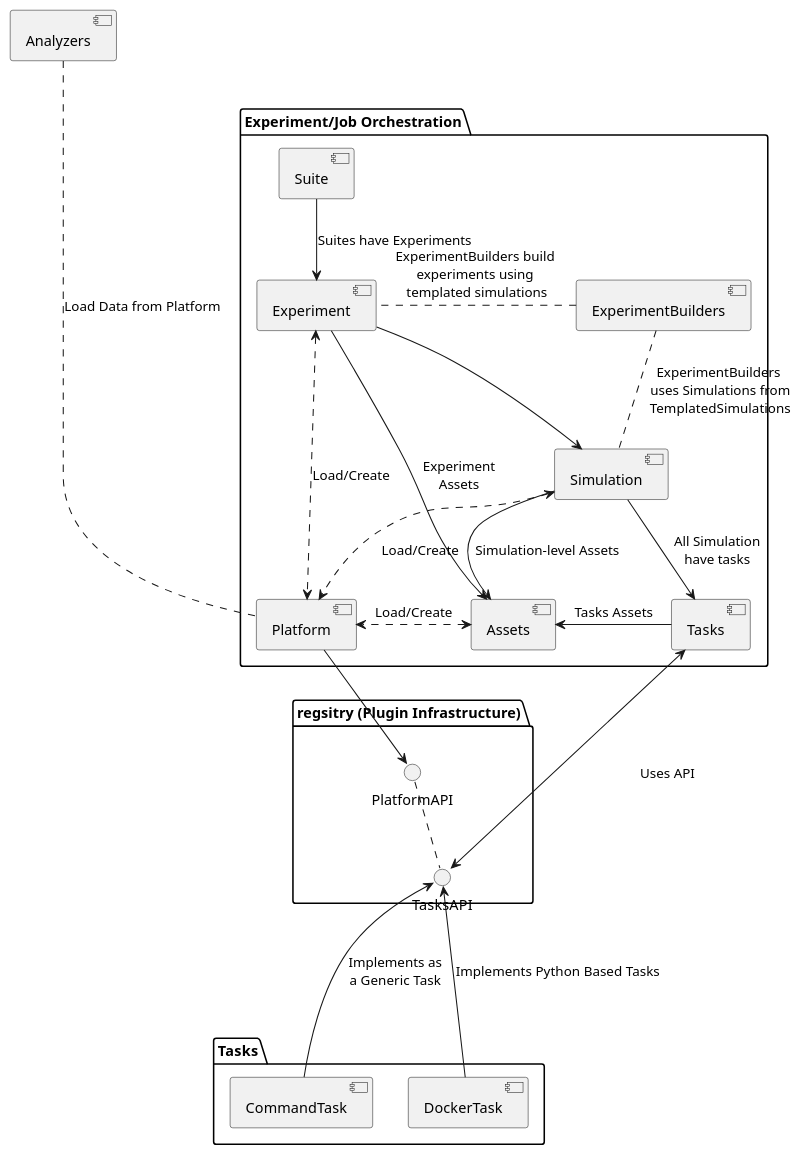
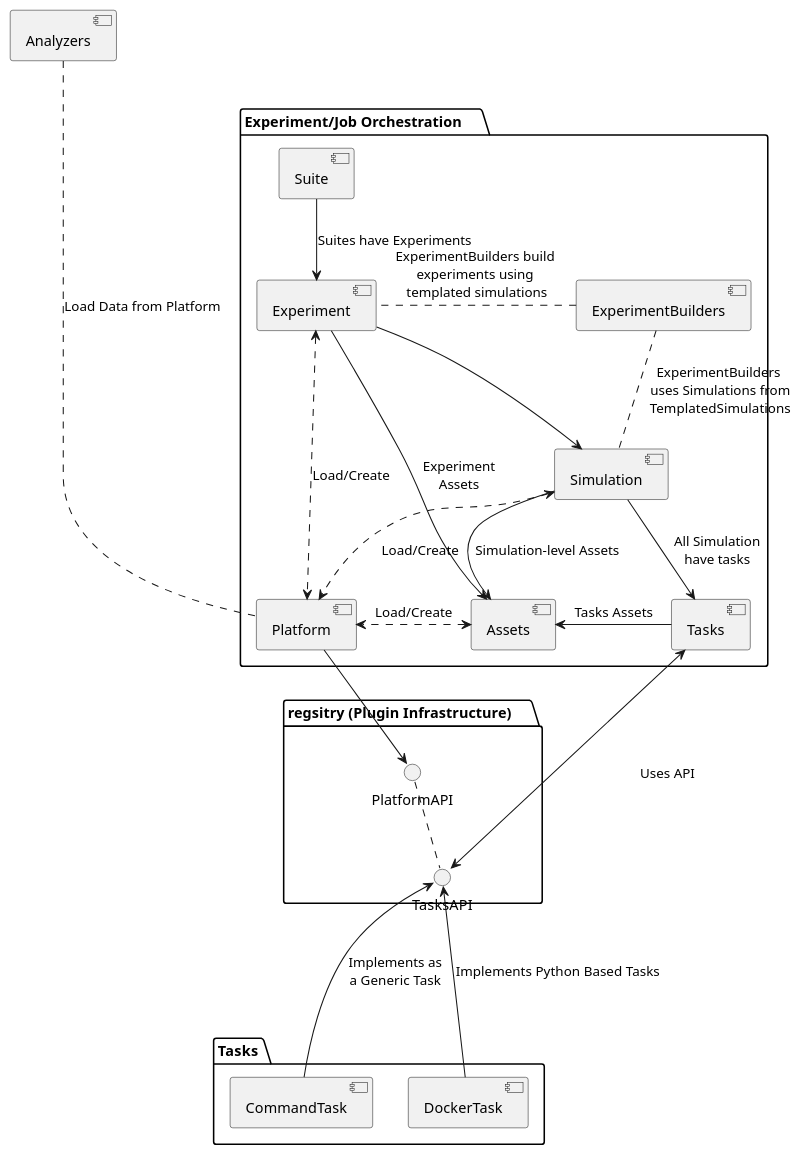
Before and after one commit to shchen-idmod/idmtools-1: the diagram in diagrams/core.puml, drawn with PlantUML.

```diff
--- a/diagrams/core.puml
+++ b/diagrams/core.puml
@@ -1,41 +1,41 @@
 @startuml
 
 [Analyzers]
-package "Experiment/Job Orchestration" as ejo {
+package "Experiment/Job Orchestration     " as ejo {
     [Assets]
     [Experiment]
     [ExperimentBuilders]
     [Simulation]
     [Tasks]
     [Platform]
     [Suite]
 }
 
 
-package "regsitry (Plugin Infrastructure)" as regsitry {
+package "regsitry (Plugin Infrastructure)     " as regsitry {
     () "PlatformAPI" as PlatformAPI
     () "TasksAPI" as TasksAPI
 }
-package "Tasks" as tasks {
+package "Tasks " as tasks {
   [CommandTask]
   [DockerTask]
 }
 
 Analyzers ..... Platform: Load Data from Platform
 ExperimentBuilders . Experiment: ExperimentBuilders build \nexperiments using \ntemplated simulations
 ExperimentBuilders . Simulation : ExperimentBuilders\n uses Simulations from\n TemplatedSimulations
 Platform --> PlatformAPI
 PlatformAPI .. TasksAPI
 [Suite] -down-> Experiment : Suites have Experiments
 [Assets] <.> Platform : Load/Create
 [Experiment] <.down.> Platform : Load/Create
 [Experiment] -down-> Simulation
 [Experiment] -right-> [Assets] : Experiment\nAssets
 [Simulation] -> Assets: Simulation-level Assets
 [Simulation] <.> Platform : Load/Create
 [Simulation] -down-> [Tasks] : All Simulation\nhave tasks
 [Tasks] -> Assets : Tasks Assets
 [Tasks] <---> TasksAPI : Uses API
 TasksAPI <-right-- CommandTask : Implements as\na Generic Task
 TasksAPI <-down-- DockerTask: Implements Python Based Tasks
 @enduml
```
